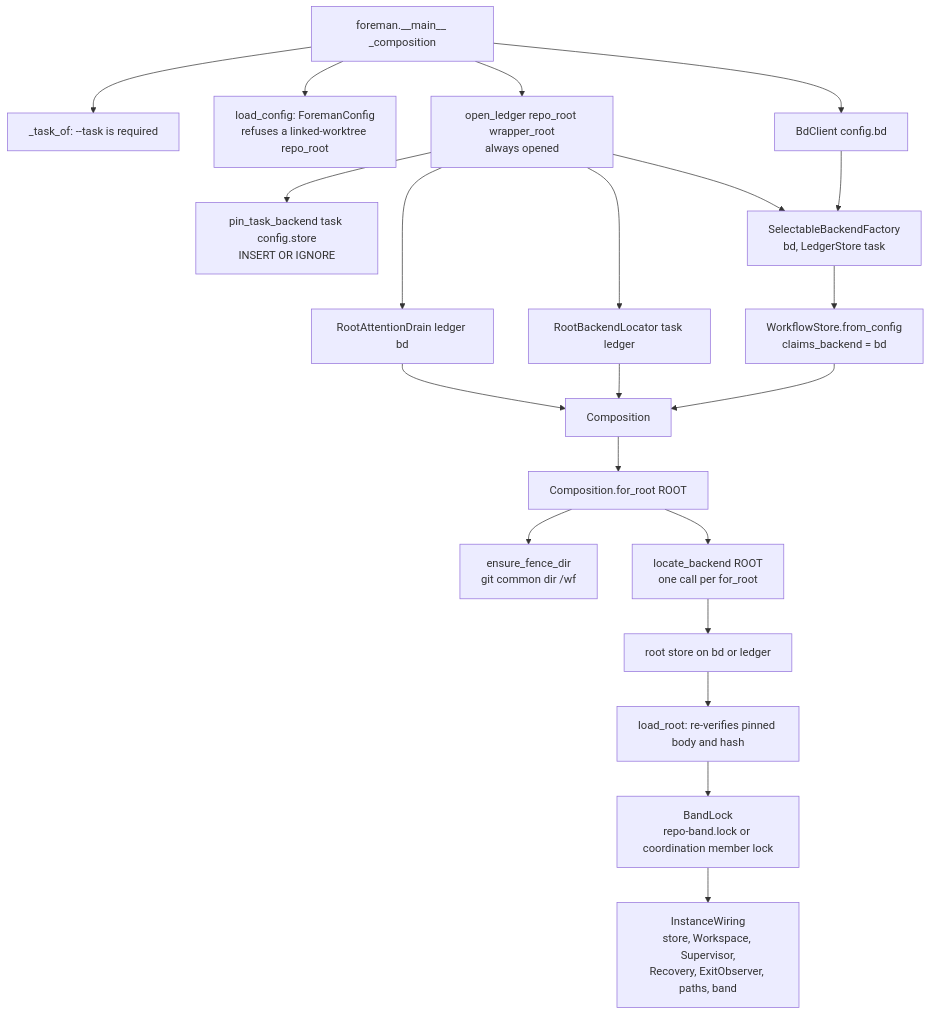
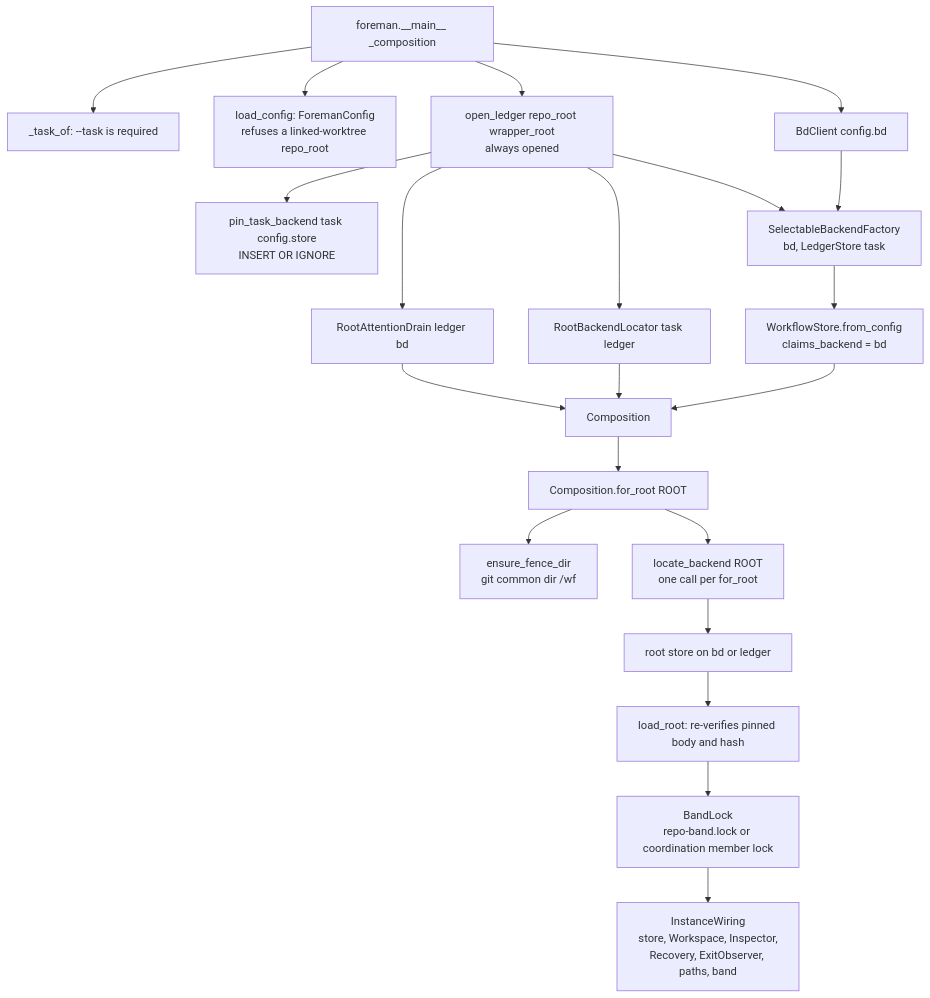
Before and after one commit to MVPavan/coding-ritual: the fifth of 46 diagrams in docs/workflow-interpreter-guide/diagrams.md, drawn with Mermaid. The commit also changed other lines of this file and 361 other files, not shown here.

````diff
--- a/docs/workflow-interpreter-guide/diagrams.md
+++ b/docs/workflow-interpreter-guide/diagrams.md
@@ -248,23 +248,23 @@
 ```mermaid
 flowchart TB
   MAIN["foreman.__main__ _composition"] --> TASK["_task_of: --task is required"]
   MAIN --> CFG["load_config: ForemanConfig<br/>refuses a linked-worktree repo_root"]
   MAIN --> BDC["BdClient config.bd"]
   MAIN --> OPEN["open_ledger repo_root wrapper_root<br/>always opened"]
   OPEN --> PIN["pin_task_backend task config.store<br/>INSERT OR IGNORE"]
   BDC --> FACT["SelectableBackendFactory<br/>bd, LedgerStore task"]
   OPEN --> FACT
   FACT --> WS["WorkflowStore.from_config<br/>claims_backend = bd"]
   OPEN --> LOC["RootBackendLocator task ledger"]
   OPEN --> DRAIN["RootAttentionDrain ledger bd"]
   WS --> COMP["Composition"]
   LOC --> COMP
   DRAIN --> COMP
   COMP --> FOR["Composition.for_root ROOT"]
   FOR --> FENCE["ensure_fence_dir<br/>git common dir /wf"]
   FOR --> WHICH["locate_backend ROOT<br/>one call per for_root"]
   WHICH --> RS["root store on bd or ledger"]
   RS --> LOAD["load_root: re-verifies pinned body and hash"]
   LOAD --> BAND["BandLock<br/>repo-band.lock or coordination member lock"]
-  BAND --> WIRING["InstanceWiring<br/>store, Workspace, Supervisor,<br/>Recovery, ExitObserver, paths, band"]
+  BAND --> WIRING["InstanceWiring<br/>store, Workspace, Inspector,<br/>Recovery, ExitObserver, paths, band"]
 ```
````
